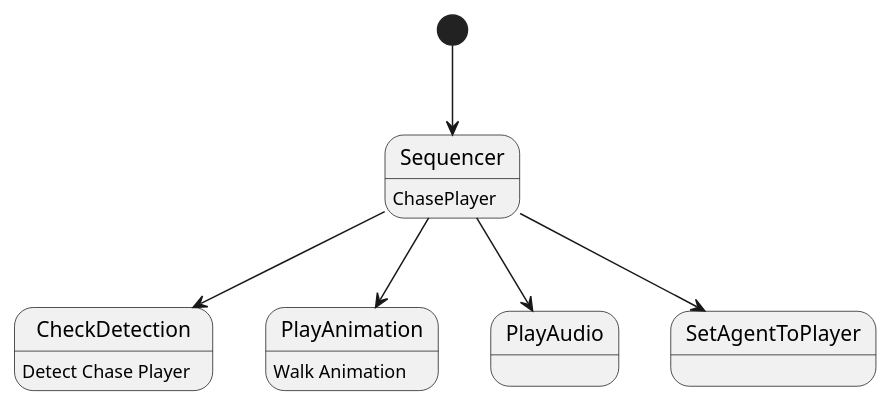
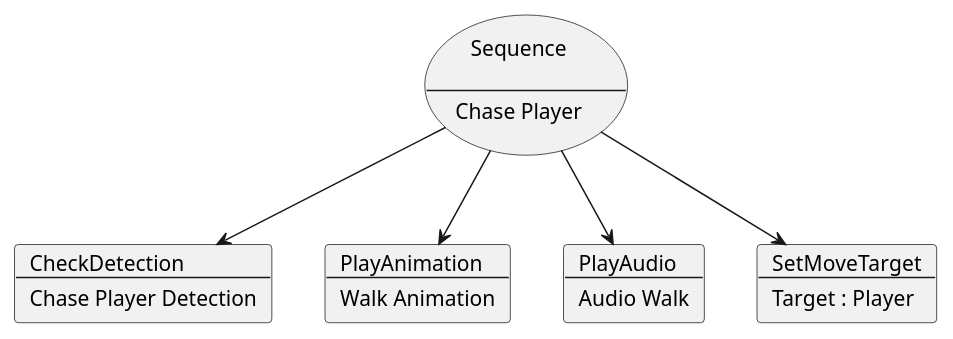
The diagram in 04. Portfolio/개발문서/BehaviourTree/Movement/ChasePlayer.puml (onedeo/Portfolio), drawn with PlantUML before and after one commit. The commit also changed 98 other files, not shown here.

```diff
--- a/04. Portfolio/개발문서/BehaviourTree/Movement/ChasePlayer.puml
+++ b/04. Portfolio/개발문서/BehaviourTree/Movement/ChasePlayer.puml
@@ -1,12 +1,35 @@
 @startuml
 
-[*]-->Sequencer
-Sequencer-->CheckDetection
-Sequencer : ChasePlayer
-CheckDetection : Detect Chase Player
-Sequencer-->PlayAnimation
-PlayAnimation : Walk Animation
-Sequencer-->PlayAudio
-Sequencer-->SetAgentToPlayer
+usecase Sequence[
+    Sequence
+
+    ---
+    Chase Player
+]
+card CheckDetection[
+    CheckDetection
+    ---
+    Chase Player Detection
+]
+card PlayAnimation[
+    PlayAnimation
+    ---
+    Walk Animation
+]
+card PlayAudio[
+    PlayAudio
+    ---
+    Audio Walk
+]
+card SetMoveTarget[
+    SetMoveTarget
+    ---
+    Target : Player
+]
+
+Sequence-->CheckDetection
+Sequence-->PlayAnimation
+Sequence-->PlayAudio
+Sequence-->SetMoveTarget
 
 @enduml
```
